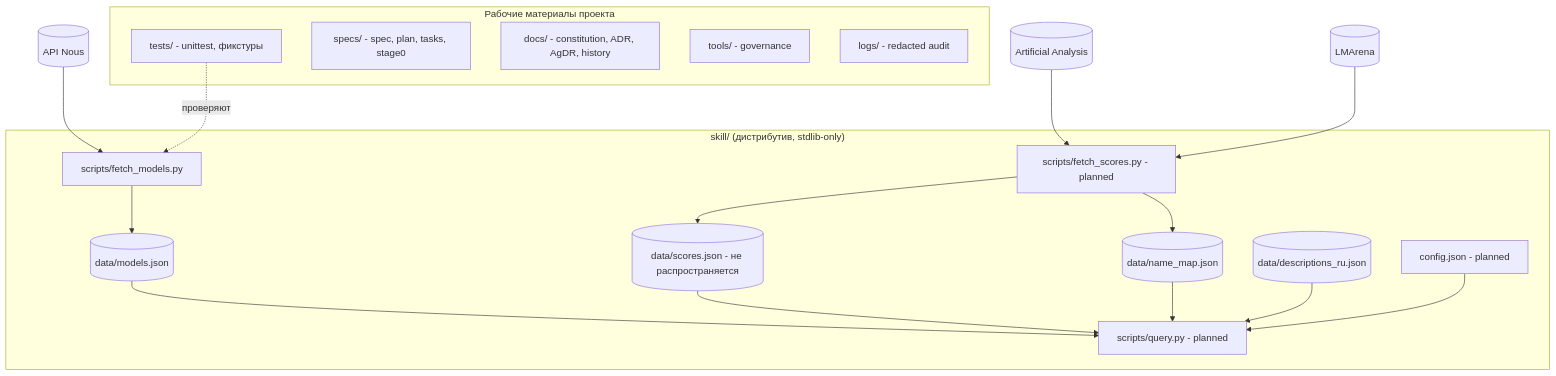
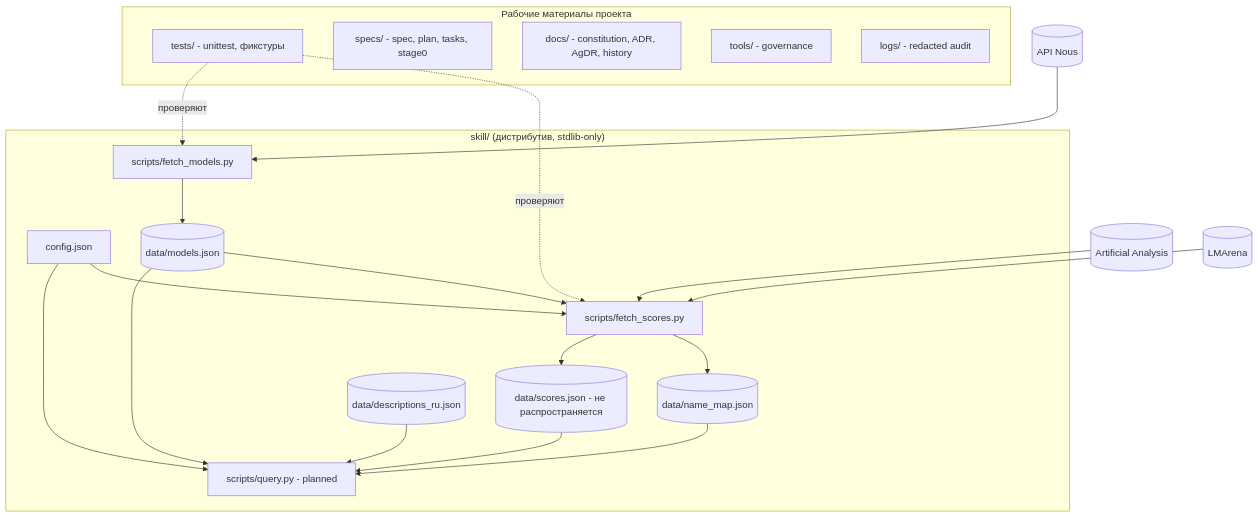
One commit to thetamorphose/hermes-model-advisor changed the diagram in docs/architecture/containers.md. Above: the diagram before and after it, drawn with Mermaid. The commit also changed other lines of this file and 8 other files, not shown here.

First line of the commit message:
feat: fetch_scores.py - AA and LMArena adapters, fallback mode, exact name matching (AC-3, AC-4, AC-18)

````diff
--- a/docs/architecture/containers.md
+++ b/docs/architecture/containers.md
@@ -5,32 +5,35 @@
 ```mermaid
 graph TB
     subgraph Skill["skill/ (дистрибутив, stdlib-only)"]
       FM[scripts/fetch_models.py]
-      FS[scripts/fetch_scores.py - planned]
+      FS[scripts/fetch_scores.py]
       Q[scripts/query.py - planned]
-      Cfg[config.json - planned]
+      Cfg[config.json]
       Models[(data/models.json)]
       Scores[(data/scores.json - не распространяется)]
       NameMap[(data/name_map.json)]
       Desc[(data/descriptions_ru.json)]
     end
     subgraph Project["Рабочие материалы проекта"]
       Tests[tests/ - unittest, фикстуры]
       Specs[specs/ - spec, plan, tasks, stage0]
       Docs[docs/ - constitution, ADR, AgDR, history]
       Tools[tools/ - governance]
       Logs[logs/ - redacted audit]
     end
     Nous[(API Nous)] --> FM
     FM --> Models
     AA[(Artificial Analysis)] --> FS
     Arena[(LMArena)] --> FS
     FS --> Scores
     FS --> NameMap
     Models --> Q
     Scores --> Q
     NameMap --> Q
     Desc --> Q
     Cfg --> Q
+    Cfg --> FS
+    Models --> FS
     Tests -.проверяют.-> FM
+    Tests -.проверяют.-> FS
 ```
````
